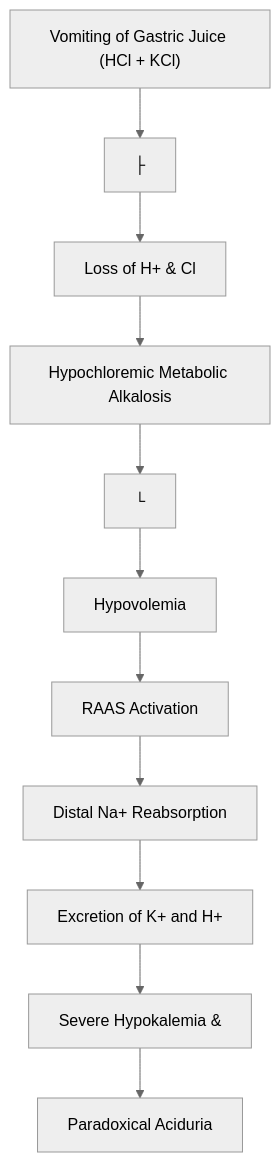
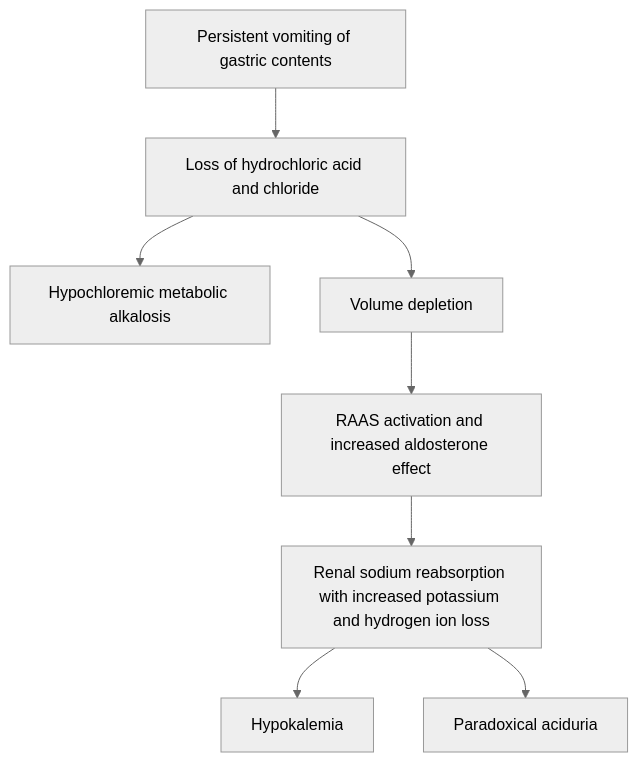
One commit to kartikswami768/neet-pg changed the second of 4 diagrams in Canonical notes/GIT/GIT_Chapter_23_Congenital_Structural_Anomalies_Pediatrics.md. Above: the diagram before and after it, drawn with Mermaid (neutral theme). The commit also changed other lines of this file and 27 other files, not shown here.

````diff
--- a/Canonical notes/GIT/GIT_Chapter_23_Congenital_Structural_Anomalies_Pediatrics.md
+++ b/Canonical notes/GIT/GIT_Chapter_23_Congenital_Structural_Anomalies_Pediatrics.md
@@ -91,14 +92,10 @@
 ```mermaid
 flowchart TD
-  A["Vomiting of Gastric Juice (HCl + KCl)"]
-  A --> N1["├"]
-  N1 --> N2["Loss of H+ & Cl"]
-  N2 --> N3["Hypochloremic Metabolic Alkalosis"]
-  N3 --> N4["└"]
-  N4 --> N5["Hypovolemia"]
-  N5 --> N6["RAAS Activation"]
-  N6 --> N7["Distal Na+ Reabsorption"]
-  N7 --> N8["Excretion of K+ and H+"]
-  N8 --> N9["Severe Hypokalemia &"]
-  N9 --> N10["Paradoxical Aciduria"]
+    A["Persistent vomiting of gastric contents"] --> B["Loss of hydrochloric acid and chloride"]
+    B --> C["Hypochloremic metabolic alkalosis"]
+    B --> D["Volume depletion"]
+    D --> E["RAAS activation and increased aldosterone effect"]
+    E --> F["Renal sodium reabsorption with increased potassium and hydrogen ion loss"]
+    F --> G["Hypokalemia"]
+    F --> H["Paradoxical aciduria"]
 ```
````
